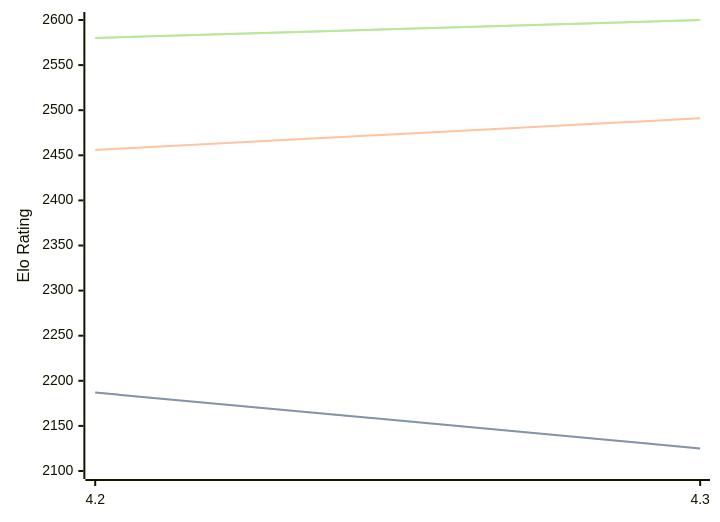
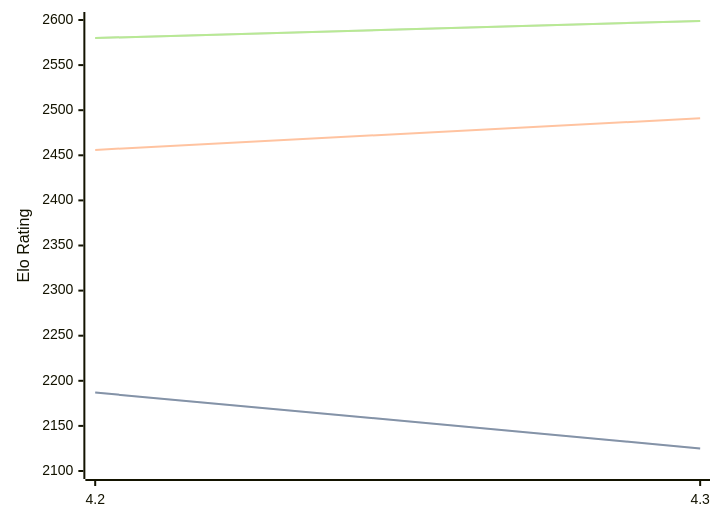
One commit to computer-chess-index/cci changed the diagram in engines/Eubos.md. Above: the diagram before and after it, drawn with Mermaid. The commit also changed other lines of this file, not shown here.

Commit message:
Update CCI Ratings (ELO VLTC) - 2026-04-05

````diff
--- a/engines/Eubos.md
+++ b/engines/Eubos.md
@@ -88,11 +88,11 @@
 ```mermaid
 %%{init: {"theme":"base","themeVariables":{"seriesColors:['#a3a3a3','#222221','#faa371']}}}%%
 xychart-beta
   x-axis ["4.2", "4.3"]
   y-axis "Elo Rating" 2100 --> 2600
   line "STC (8.0+0.08s)" [2187, 2125]
   line "STC (8.0+0.08s)" [2187, 2125]
   line "LTC (60.0+0.60s)" [2456, 2491]
-  line "VLTC (2m24s+1.12s)" [2580, 2600]
-  line "VLTC (2m24s+1.12s)" [2580, 2600]
+  line "VLTC (2m24s+1.12s)" [2580, 2599]
+  line "VLTC (2m24s+1.12s)" [2580, 2599]
 ```
````
